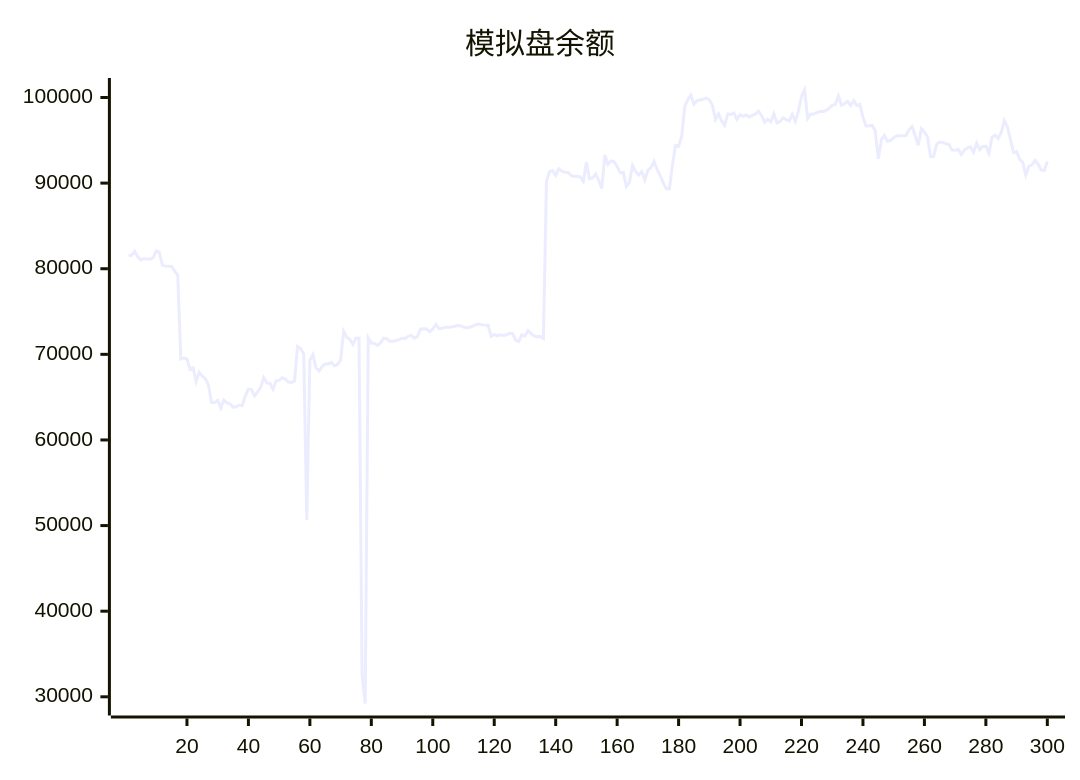
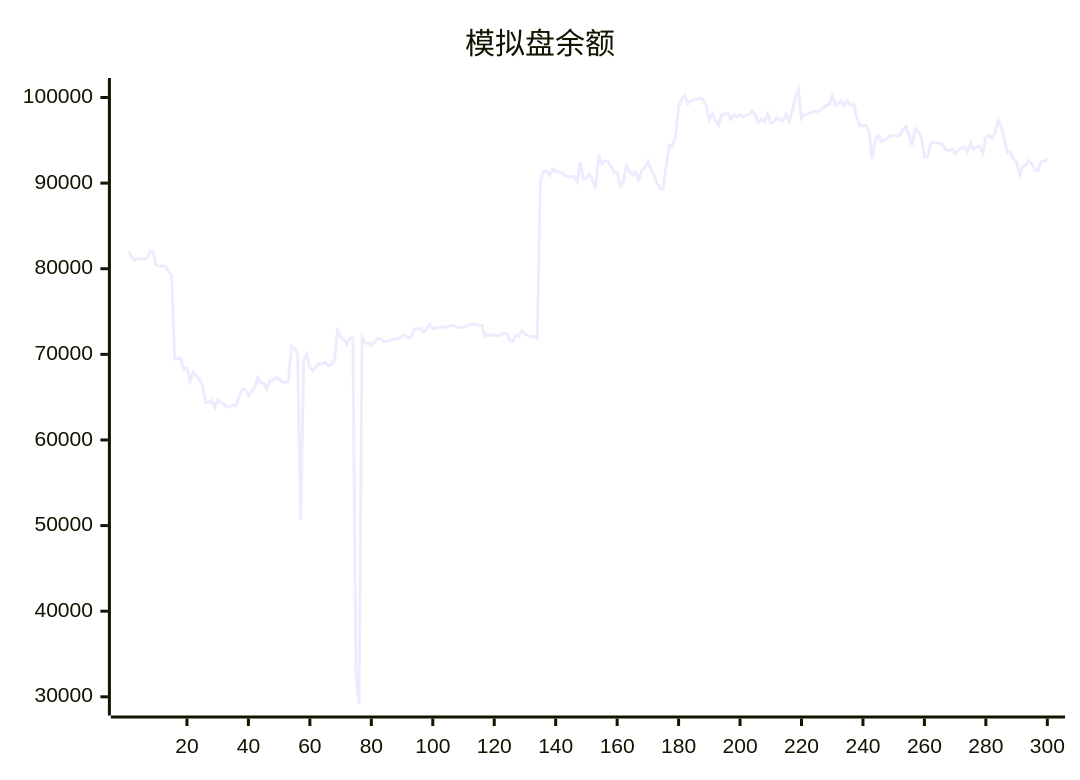
One commit to aahl/ai-trading changed the diagram in README.md. Above: the diagram before and after it, drawn with Mermaid. The commit also changed other lines of this file and 1 other file, not shown here.

````diff
--- a/README.md
+++ b/README.md
@@ -5,5 +5,5 @@
 ```mermaid
 xychart
     title "模拟盘余额"
-    line [81543,81578,82016,81401,81018,81185,81130,81117,81306,82065,81908,80391,80304,80291,80257,79728,79261,69465,69578,69456,68251,68415,66832,67910,67461,67143,66432,64380,64374,64605,63740,64647,64323,64216,63841,63876,64078,64008,65156,65944,65887,65157,65625,66144,67284,66653,66639,65923,66924,66956,67263,67108,66765,66729,66886,70927,70673,70049,50652,69334,69973,68399,68061,68577,68876,68878,69055,68661,68822,69328,72687,71999,71760,71162,71911,71896,32500,29218,71927,71296,71304,71044,71337,71883,71821,71535,71535,71621,71723,71879,71860,72099,72216,71887,72076,72940,72975,72966,72638,72948,73497,73004,73041,73173,73160,73186,73257,73375,73350,73173,73098,73160,73305,73474,73535,73457,73413,73411,72099,72333,72163,72272,72203,72284,72460,72420,71652,71521,72267,72156,72774,72424,72143,72059,72090,71858,90185,91338,91465,90900,91678,91404,91268,91243,90903,90779,90787,90721,90187,92429,90517,90619,91070,90328,89376,93285,92201,92581,92485,91947,91196,91259,89619,90086,92062,91355,90950,91327,90373,91498,91800,92531,91603,90910,90030,89351,89334,92096,94406,94314,95455,98971,99762,100286,99229,99622,99701,99804,99937,99738,99081,97430,98093,97267,96741,98081,98013,98194,97446,97983,97789,97969,97728,97911,98043,98404,97911,97119,97448,97154,98095,97021,97190,97616,97401,97262,98035,97210,98423,100120,100876,97552,98049,98084,98228,98387,98342,98488,98749,99085,99180,100188,99106,99271,99553,99072,99635,99060,99185,97673,96678,96703,96742,96096,92830,95087,95560,94866,94995,95295,95497,95531,95526,95558,96236,96597,95538,94421,96362,95972,95418,93094,93127,94557,94794,94727,94611,94508,93856,93851,93954,93339,93861,94111,94248,93603,94682,93897,94267,94287,93490,95337,95601,95225,95878,97301,96573,95113,93568,93680,92772,92452,90952,91953,92130,92636,92208,91535,91462,92531]
+    line [82016,81401,81019,81186,81130,81118,81306,82066,81909,80392,80304,80291,80258,79729,79261,69466,69579,69456,68251,68415,66832,67911,67462,67144,66432,64380,64375,64606,63741,64647,64324,64216,63842,63877,64079,64008,65156,65945,65888,65157,65625,66144,67284,66653,66639,65924,66925,66956,67263,67108,66766,66729,66886,70927,70673,70049,50652,69334,69973,68400,68061,68578,68877,68879,69055,68662,68822,69329,72687,71999,71760,71163,71911,71896,32500,29218,71927,71297,71305,71044,71337,71883,71822,71536,71536,71622,71723,71880,71860,72100,72216,71887,72077,72940,72976,72966,72638,72948,73497,73004,73041,73173,73160,73187,73258,73375,73351,73173,73098,73161,73305,73474,73536,73457,73413,73412,72100,72333,72164,72272,72204,72285,72461,72421,71652,71521,72267,72157,72774,72425,72144,72060,72091,71858,90185,91338,91466,90900,91678,91404,91268,91244,90903,90779,90787,90721,90187,92429,90518,90619,91070,90328,89376,93286,92202,92581,92485,91947,91196,91259,89619,90086,92063,91355,90950,91327,90373,91498,91800,92531,91603,90910,90031,89351,89334,92097,94406,94315,95455,98972,99763,100286,99229,99622,99701,99805,99938,99738,99082,97430,98094,97267,96741,98081,98013,98194,97447,97983,97789,97969,97729,97911,98043,98405,97912,97120,97448,97154,98095,97021,97191,97616,97402,97263,98035,97210,98424,100121,100876,97552,98049,98085,98228,98388,98342,98488,98750,99086,99181,100188,99107,99272,99553,99072,99636,99061,99186,97674,96679,96704,96743,96096,92830,95088,95560,94866,94995,95295,95497,95531,95527,95559,96236,96597,95538,94422,96363,95972,95418,93095,93128,94558,94795,94727,94611,94508,93857,93852,93955,93340,93862,94112,94249,93603,94682,93898,94267,94288,93490,95337,95601,95226,95879,97301,96573,95113,93569,93681,92773,92453,90953,91954,92130,92637,92209,91536,91462,92532,92562,92875]
 ```
````
